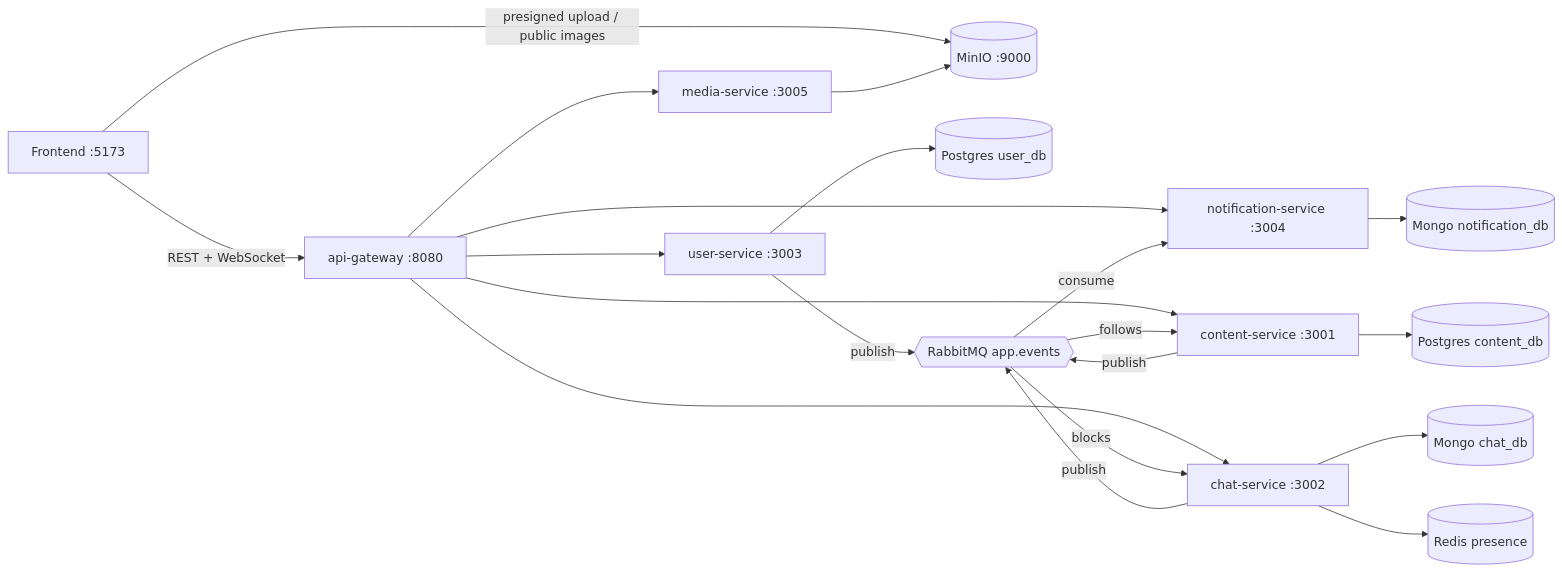
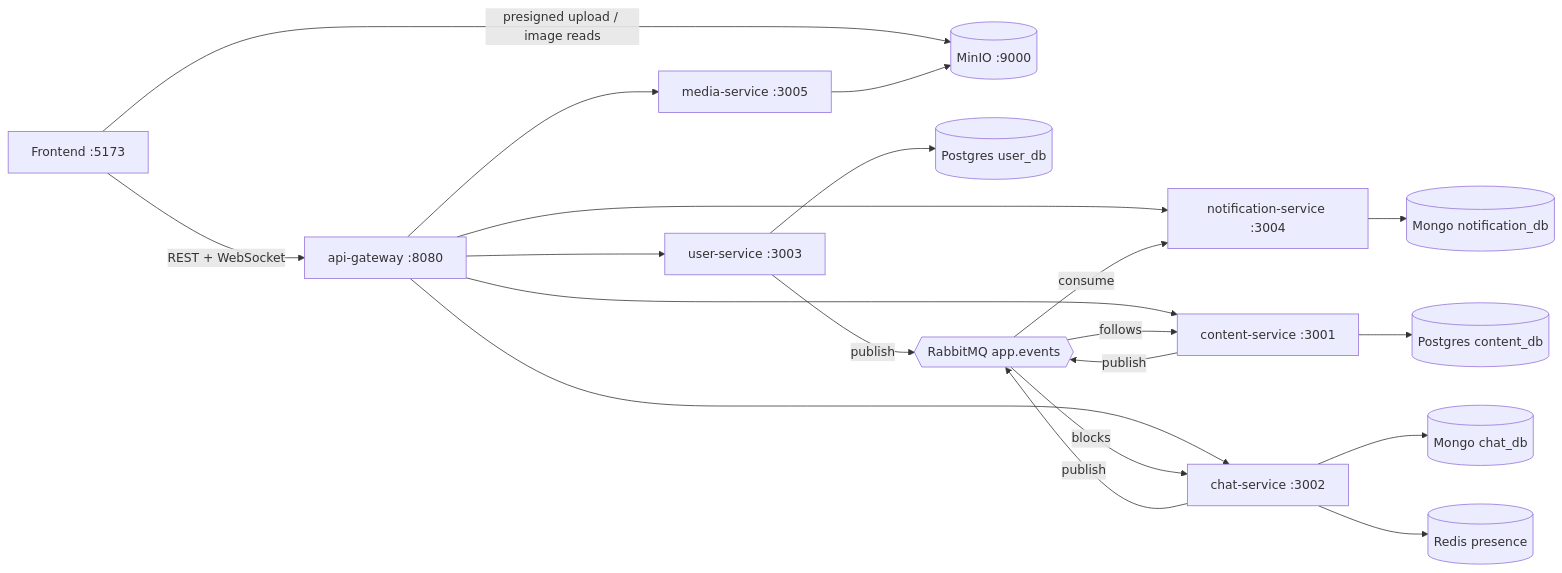
One commit to THARUNI-GIT/Social_Pulse changed the diagram in README.md. Above: the diagram before and after it, drawn with Mermaid. The commit also changed other lines of this file and 4 other files, not shown here.

````diff
--- a/README.md
+++ b/README.md
@@ -11,20 +29,20 @@
 ```mermaid
 flowchart LR
   FE[Frontend :5173] -->|REST + WebSocket| GW[api-gateway :8080]
-  FE -->|presigned upload / public images| MINIO[(MinIO :9000)]
+  FE -->|presigned upload / image reads| MINIO[(MinIO :9000)]
   GW --> US[user-service :3003]
   GW --> CS[content-service :3001]
   GW --> CH[chat-service :3002]
   GW --> NS[notification-service :3004]
   GW --> MS[media-service :3005]
   US --> PG1[(Postgres user_db)]
   CS --> PG2[(Postgres content_db)]
   CH --> MG[(Mongo chat_db)]
   CH --> RD[(Redis presence)]
   NS --> MG2[(Mongo notification_db)]
   MS --> MINIO
   US & CS & CH -- publish --> MQ{{RabbitMQ app.events}}
   MQ -- consume --> NS
   MQ -- follows --> CS
   MQ -- blocks --> CH
 ```
````
